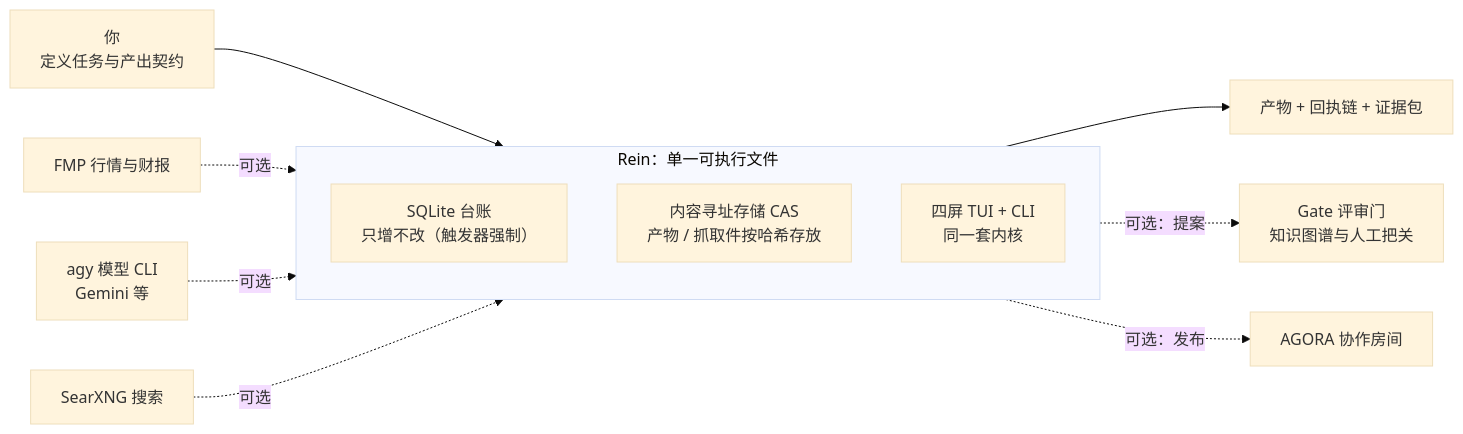
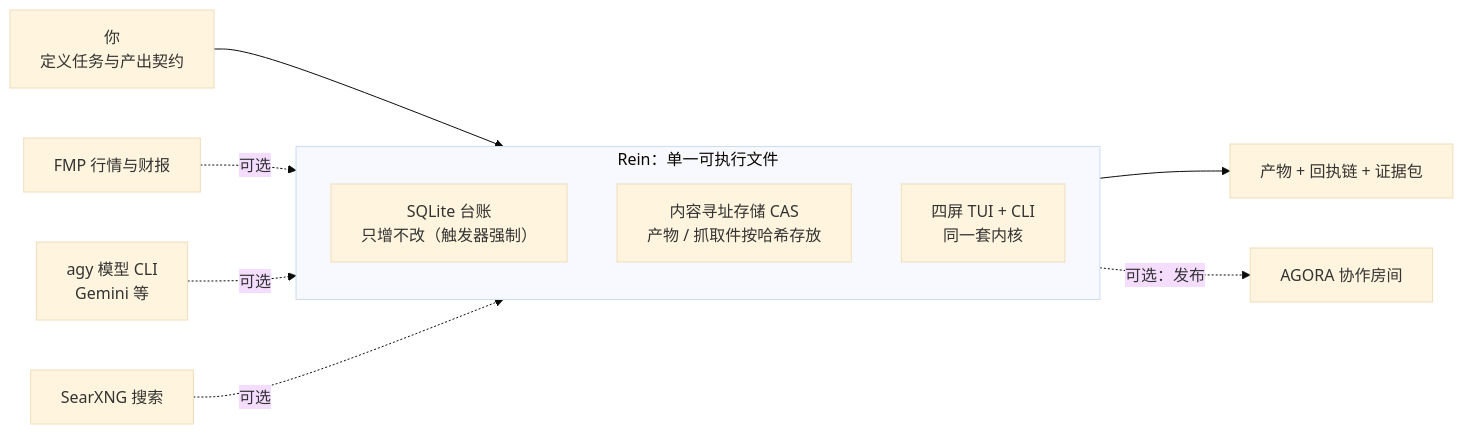
One commit to dmquant/rein-pub changed the first of 6 diagrams in docs/INTRO.zh-CN.md. Above: the diagram before and after it, drawn with Mermaid (base theme). The commit also changed other lines of this file and 18 other files, not shown here.

````diff
--- a/docs/INTRO.zh-CN.md
+++ b/docs/INTRO.zh-CN.md
@@ -46,16 +46,15 @@
 ```mermaid
 flowchart LR
     U["你<br/>定义任务与产出契约"] --> REIN
     subgraph REIN["Rein：单一可执行文件"]
         direction TB
         L["SQLite 台账<br/>只增不改（触发器强制）"]
         C["内容寻址存储 CAS<br/>产物 / 抓取件按哈希存放"]
         T["四屏 TUI + CLI<br/>同一套内核"]
     end
     REIN --> OUT["产物 + 回执链 + 证据包"]
     FMP["FMP 行情与财报"] -. 可选 .-> REIN
     AGY["agy 模型 CLI<br/>Gemini 等"] -. 可选 .-> REIN
     SX["SearXNG 搜索"] -. 可选 .-> REIN
-    REIN -. "可选：提案" .-> GATE["Gate 评审门<br/>知识图谱与人工把关"]
     REIN -. "可选：发布" .-> AGORA["AGORA 协作房间"]
 ```
````
